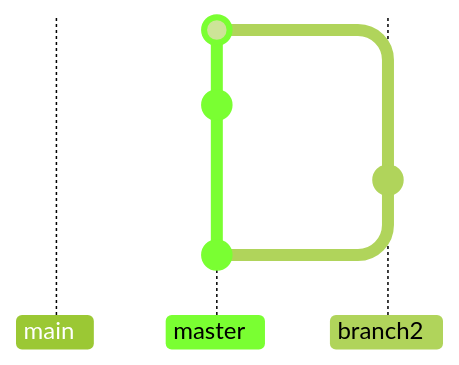
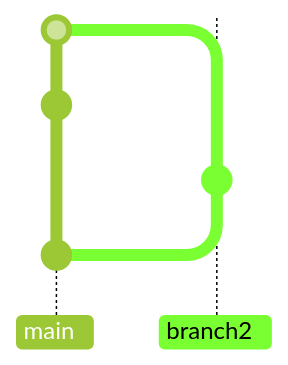
One commit to JakeSteam/Mermaid changed the tenth of 10 diagrams in readme.md. Above: the diagram before and after it, drawn with Mermaid (forest theme). The commit also changed other lines of this file, not shown here. Commit ids are hidden.

````diff
--- a/readme.md
+++ b/readme.md
@@ -261,11 +261,10 @@
 ```mermaid
 gitGraph BT:
-    branch master
     commit
     branch branch2
     checkout branch2
     commit
-    checkout master
+    checkout main
     commit
     merge branch2
 ```
````
